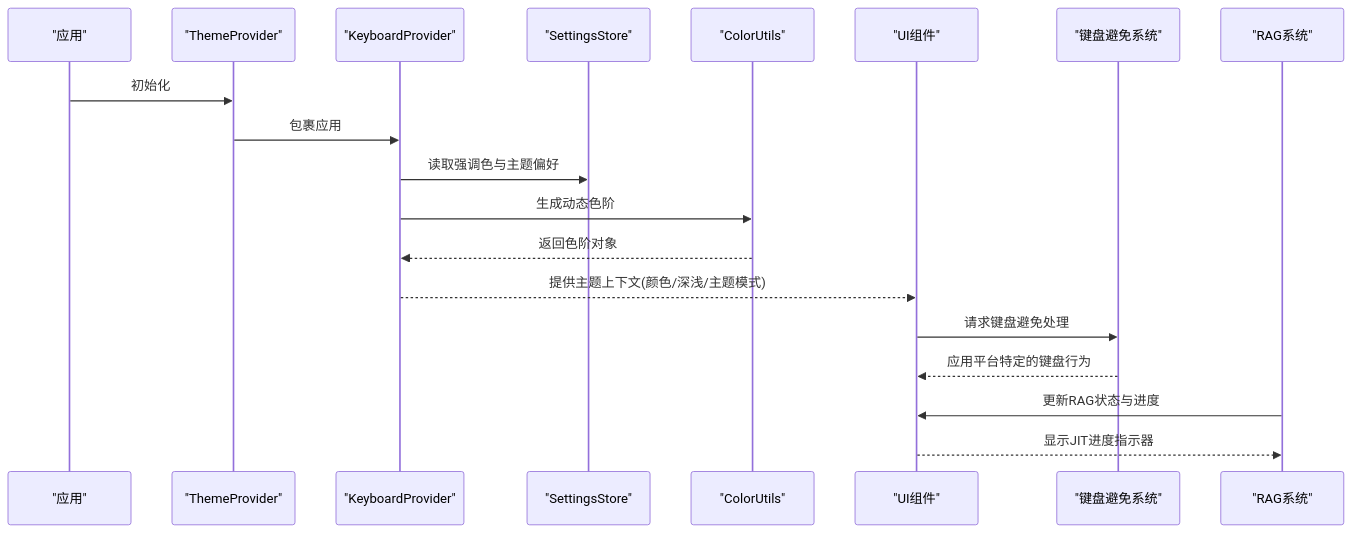
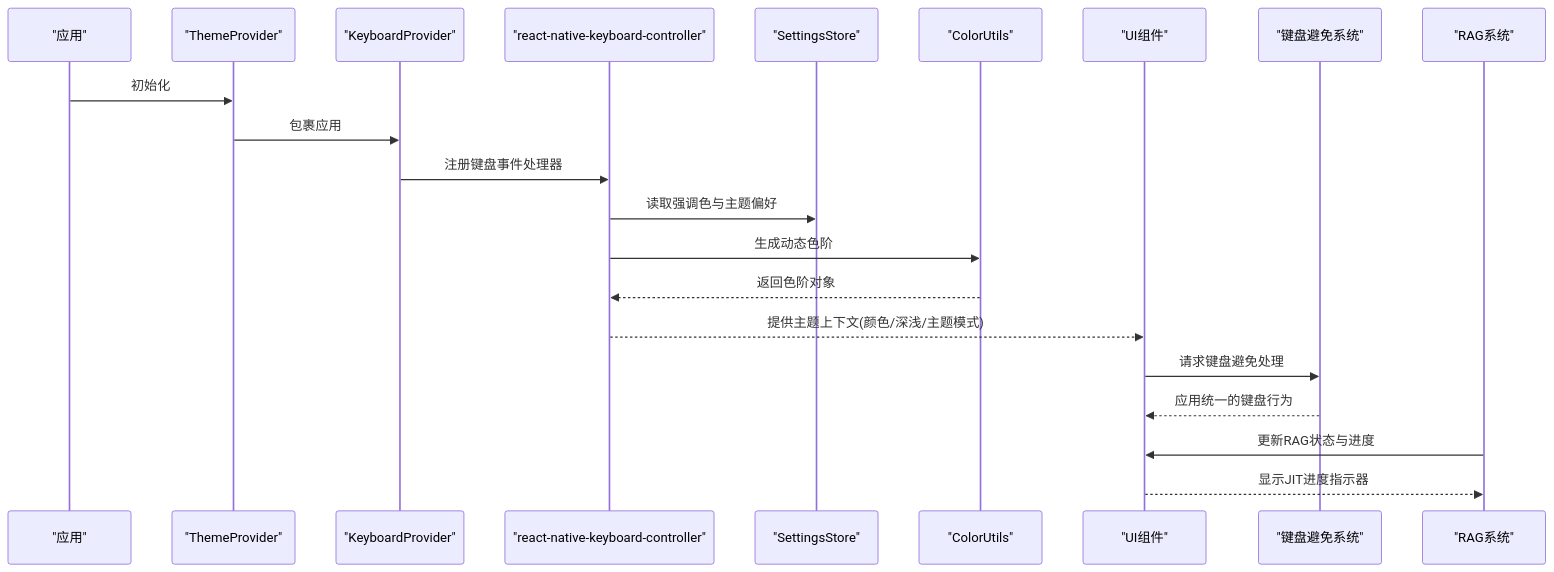
Before and after one commit to NarcisWL/Nexara: the second of 8 diagrams in .qoder/repowiki/zh/content/UI组件系统/UI组件系统.md, drawn with Mermaid. The commit also changed other lines of this file and 19 other files, not shown here.

````diff
--- a/.qoder/repowiki/zh/content/UI组件系统/UI组件系统.md
+++ b/.qoder/repowiki/zh/content/UI组件系统/UI组件系统.md
@@ -202,21 +202,23 @@
 ```mermaid
 sequenceDiagram
 participant App as "应用"
 participant Provider as "ThemeProvider"
 participant KeyboardProvider as "KeyboardProvider"
+participant KeyboardController as "react-native-keyboard-controller"
 participant Store as "SettingsStore"
 participant Utils as "ColorUtils"
 participant UI as "UI组件"
 participant KeyboardSystem as "键盘避免系统"
 participant RAG as "RAG系统"
 App->>Provider : 初始化
 Provider->>KeyboardProvider : 包裹应用
-KeyboardProvider->>Store : 读取强调色与主题偏好
-KeyboardProvider->>Utils : 生成动态色阶
-Utils-->>KeyboardProvider : 返回色阶对象
-KeyboardProvider-->>UI : 提供主题上下文(颜色/深浅/主题模式)
+KeyboardProvider->>KeyboardController : 注册键盘事件处理器
+KeyboardController->>Store : 读取强调色与主题偏好
+KeyboardController->>Utils : 生成动态色阶
+Utils-->>KeyboardController : 返回色阶对象
+KeyboardController-->>UI : 提供主题上下文(颜色/深浅/主题模式)
 UI->>KeyboardSystem : 请求键盘避免处理
-KeyboardSystem-->>UI : 应用平台特定的键盘行为
+KeyboardSystem-->>UI : 应用统一的键盘行为
 RAG->>UI : 更新RAG状态与进度
 UI-->>RAG : 显示JIT进度指示器
 ```
````
